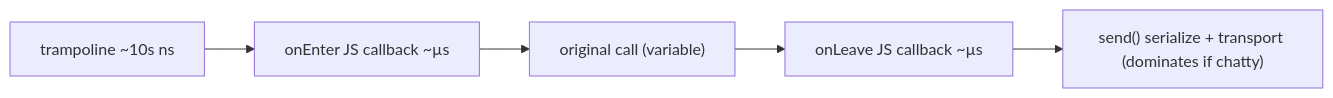
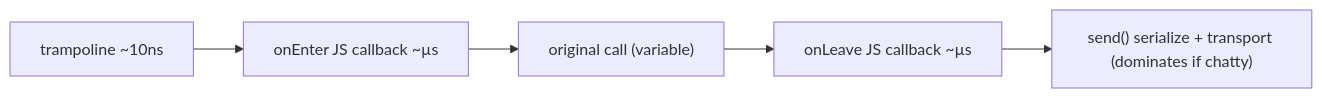
Before and after one commit to android-security-engineer/frida-skills: the diagram in skills/frida/references/guides/performance-and-memory.md, drawn with Mermaid. The commit also changed other lines of this file and 29 other files, not shown here.

````diff
--- a/skills/frida/references/guides/performance-and-memory.md
+++ b/skills/frida/references/guides/performance-and-memory.md
@@ -15,7 +15,7 @@
 ```mermaid
 flowchart LR
-  T["trampoline ~10s ns"] --> E["onEnter JS callback ~µs"]
+  T["trampoline ~10ns"] --> E["onEnter JS callback ~µs"]
   E --> O["original call (variable)"]
   O --> L["onLeave JS callback ~µs"]
   L --> Se["send() serialize + transport (dominates if chatty)"]
 ```
````
